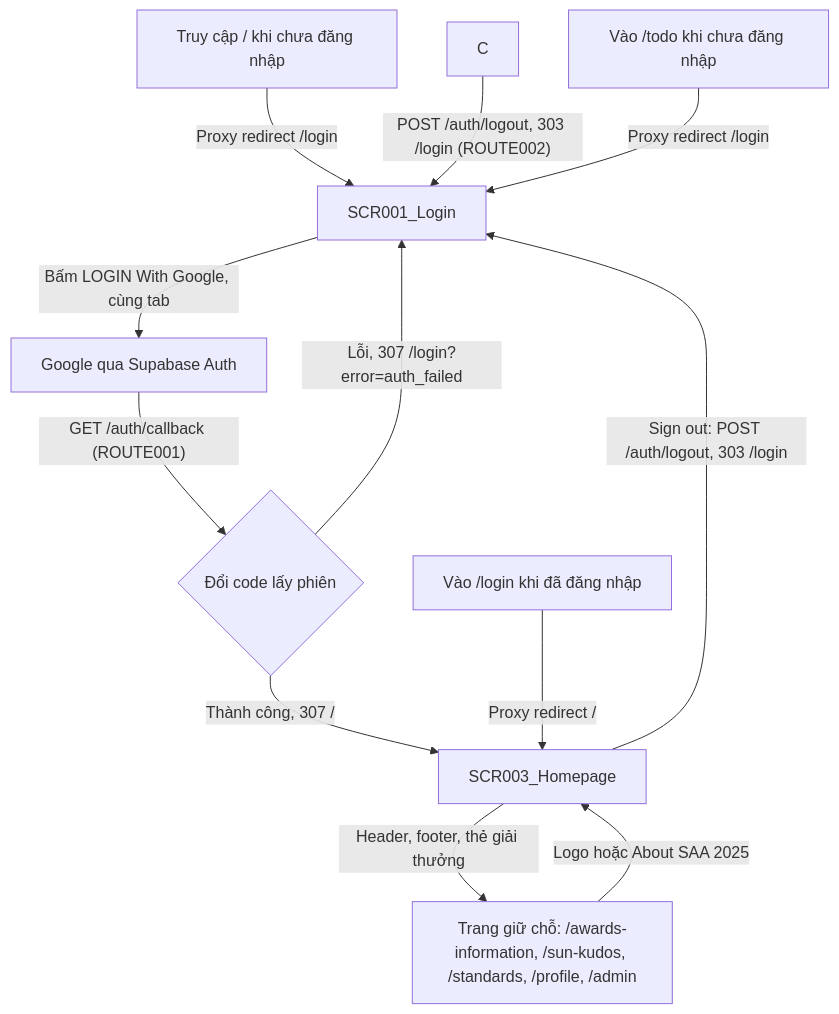
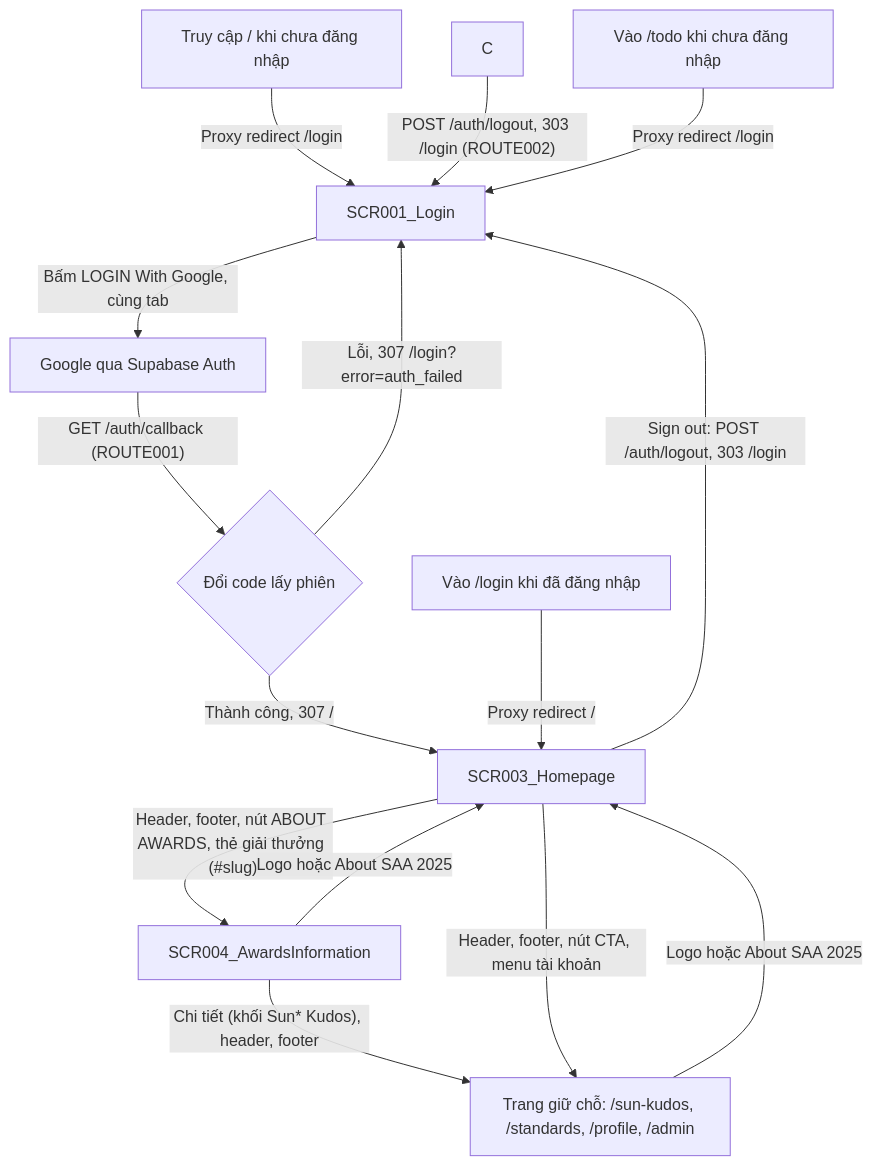
The first of 2 diagrams in docs/generated/screen-flow.md (ngocnv-0940/agentic-coding-hands-on), drawn with Mermaid before and after one commit. The commit also changed other lines of this file and 15 other files, not shown here.

First line of the commit message:
docs: add F004 awards information spec and sync related docs

````diff
--- a/docs/generated/screen-flow.md
+++ b/docs/generated/screen-flow.md
@@ -11,14 +11,17 @@
 ```mermaid
 graph TD
     A["Truy cập / khi chưa đăng nhập"] -->|"Proxy redirect /login"| B["SCR001_Login"]
     B -->|"Bấm LOGIN With Google, cùng tab"| G["Google qua Supabase Auth"]
     G -->|"GET /auth/callback (ROUTE001)"| H{"Đổi code lấy phiên"}
     H -->|"Thành công, 307 /"| HP["SCR003_Homepage"]
     H -->|"Lỗi, 307 /login?error=auth_failed"| B
     C -->|"POST /auth/logout, 303 /login (ROUTE002)"| B
     X["Vào /todo khi chưa đăng nhập"] -->|"Proxy redirect /login"| B
     Y["Vào /login khi đã đăng nhập"] -->|"Proxy redirect /"| HP
     HP -->|"Sign out: POST /auth/logout, 303 /login"| B
-    HP -->|"Header, footer, thẻ giải thưởng"| PH["Trang giữ chỗ: /awards-information, /sun-kudos, /standards, /profile, /admin"]
+    HP -->|"Header, footer, nút ABOUT AWARDS, thẻ giải thưởng (#slug)"| AW["SCR004_AwardsInformation"]
+    AW -->|"Logo hoặc About SAA 2025"| HP
+    AW -->|"Chi tiết (khối Sun* Kudos), header, footer"| PH
+    HP -->|"Header, footer, nút CTA, menu tài khoản"| PH["Trang giữ chỗ: /sun-kudos, /standards, /profile, /admin"]
     PH -->|"Logo hoặc About SAA 2025"| HP
 ```
````
